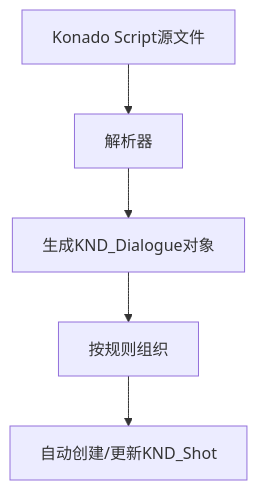
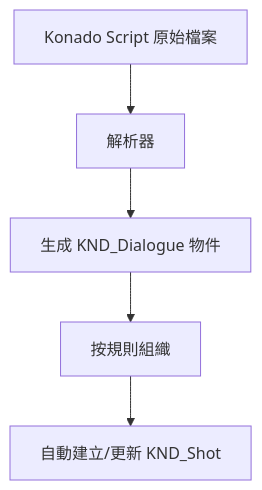
Before and after one commit to DSOE1024/konado: the diagram in docs/tc/develop/core/shot-and-dialogue.md, drawn with Mermaid. The commit also changed other lines of this file, not shown here.

Commit message:
docs(shot-and-dialogue): translate shot-and-dialogue.md

````diff
--- a/docs/tc/develop/core/shot-and-dialogue.md
+++ b/docs/tc/develop/core/shot-and-dialogue.md
@@ -27,8 +27,8 @@
 ```mermaid
 graph TD
-    A["Konado Script源文件"] --> B["解析器"]
-    B --> C["生成KND_Dialogue对象"]
-    C --> D["按规则组织"]
-    D --> E["自动创建/更新KND_Shot"]
+    A["Konado Script 原始檔案"] --> B["解析器"]
+    B --> C["生成 KND_Dialogue 物件"]
+    C --> D["按規則組織"]
+    D --> E["自動建立/更新 KND_Shot"]
 
 ```
````
